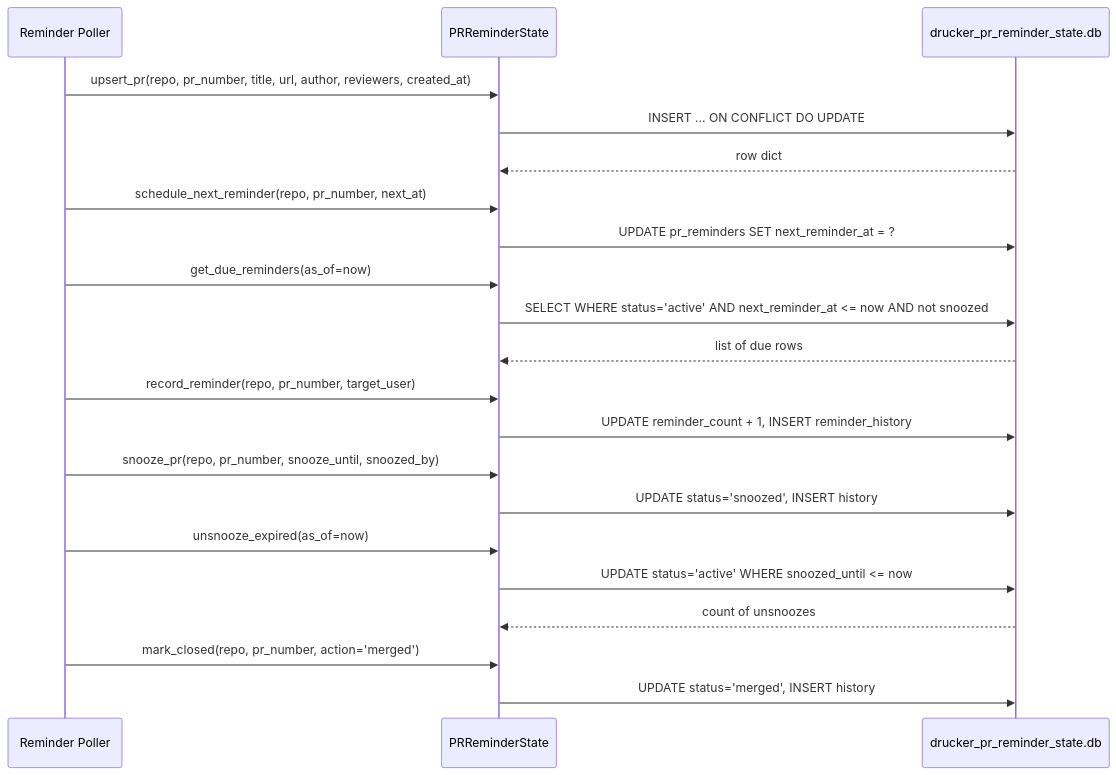
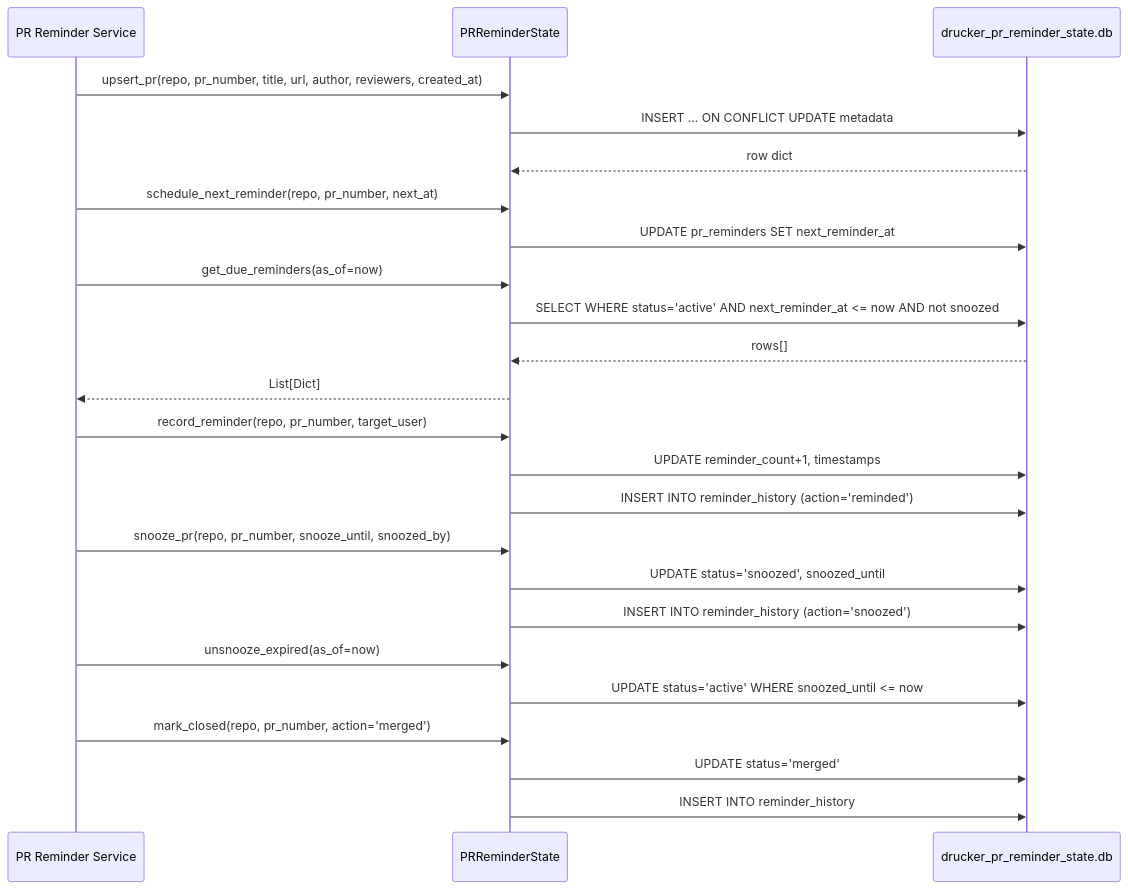
One commit to jmac-cornelis/agent-workforce changed the third of 4 diagrams in docs/agents-drucker-state.md. Above: the diagram before and after it, drawn with Mermaid. The commit also changed other lines of this file and 8 other files, not shown here.

````diff
--- a/docs/agents-drucker-state.md
+++ b/docs/agents-drucker-state.md
@@ -104,30 +107,33 @@
 ```mermaid
 sequenceDiagram
-    participant Poller as Reminder Poller
+    participant Svc as PR Reminder Service
     participant PRS as PRReminderState
     participant DB as drucker_pr_reminder_state.db
 
-    Poller->>PRS: upsert_pr(repo, pr_number, title, url, author, reviewers, created_at)
-    PRS->>DB: INSERT ... ON CONFLICT DO UPDATE
+    Svc->>PRS: upsert_pr(repo, pr_number, title, url, author, reviewers, created_at)
+    PRS->>DB: INSERT ... ON CONFLICT UPDATE metadata
     DB-->>PRS: row dict
 
-    Poller->>PRS: schedule_next_reminder(repo, pr_number, next_at)
-    PRS->>DB: UPDATE pr_reminders SET next_reminder_at = ?
+    Svc->>PRS: schedule_next_reminder(repo, pr_number, next_at)
+    PRS->>DB: UPDATE pr_reminders SET next_reminder_at
 
-    Poller->>PRS: get_due_reminders(as_of=now)
+    Svc->>PRS: get_due_reminders(as_of=now)
     PRS->>DB: SELECT WHERE status='active' AND next_reminder_at <= now AND not snoozed
-    DB-->>PRS: list of due rows
+    DB-->>PRS: rows[]
+    PRS-->>Svc: List[Dict]
 
-    Poller->>PRS: record_reminder(repo, pr_number, target_user)
-    PRS->>DB: UPDATE reminder_count + 1, INSERT reminder_history
+    Svc->>PRS: record_reminder(repo, pr_number, target_user)
+    PRS->>DB: UPDATE reminder_count+1, timestamps
+    PRS->>DB: INSERT INTO reminder_history (action='reminded')
 
-    Poller->>PRS: snooze_pr(repo, pr_number, snooze_until, snoozed_by)
-    PRS->>DB: UPDATE status='snoozed', INSERT history
+    Svc->>PRS: snooze_pr(repo, pr_number, snooze_until, snoozed_by)
+    PRS->>DB: UPDATE status='snoozed', snoozed_until
+    PRS->>DB: INSERT INTO reminder_history (action='snoozed')
 
-    Poller->>PRS: unsnooze_expired(as_of=now)
+    Svc->>PRS: unsnooze_expired(as_of=now)
     PRS->>DB: UPDATE status='active' WHERE snoozed_until <= now
-    DB-->>PRS: count of unsnoozes
 
-    Poller->>PRS: mark_closed(repo, pr_number, action='merged')
-    PRS->>DB: UPDATE status='merged', INSERT history
+    Svc->>PRS: mark_closed(repo, pr_number, action='merged')
+    PRS->>DB: UPDATE status='merged'
+    PRS->>DB: INSERT INTO reminder_history
 ```
````
